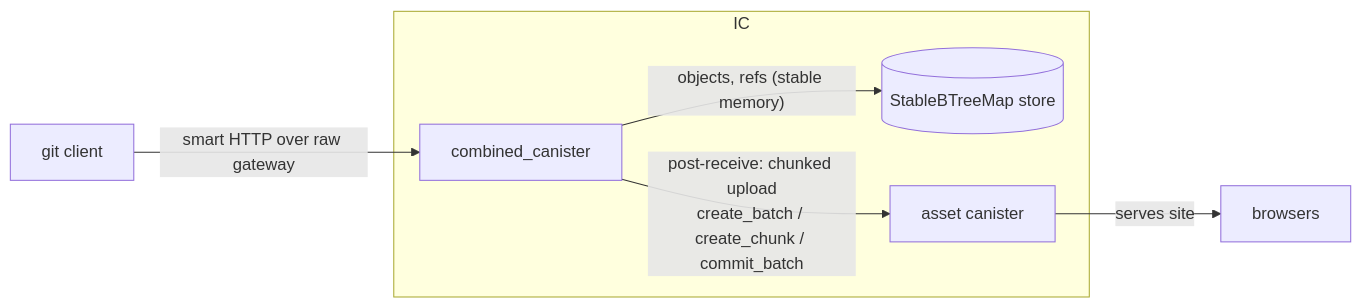
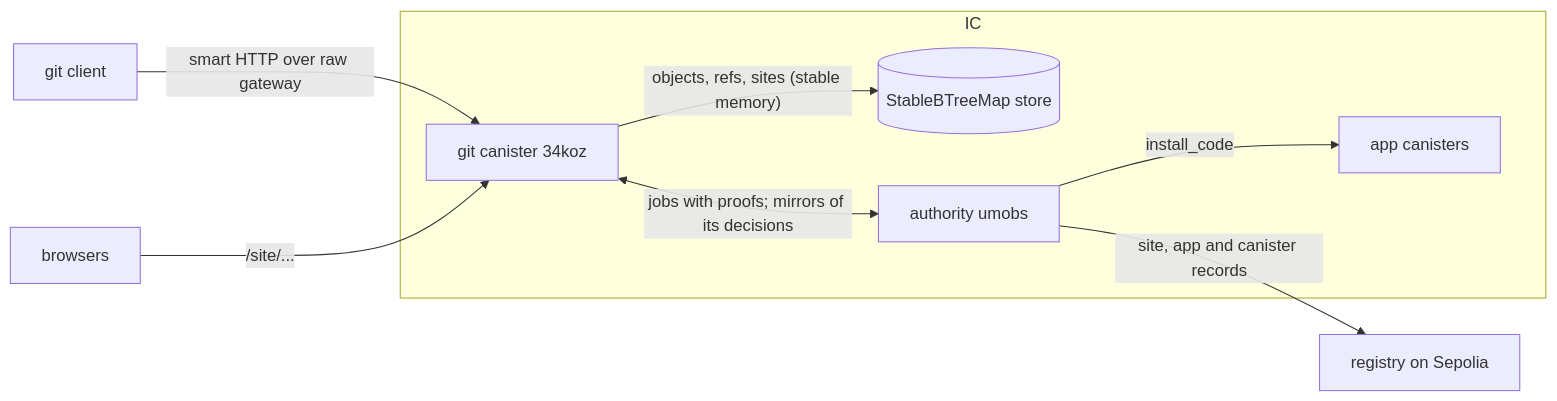
Before and after one commit to DrJesseGlass/ic-git: the diagram in ARCHITECTURE.md, drawn with Mermaid. The commit also changed other lines of this file and 6 other files, not shown here.

````diff
--- a/ARCHITECTURE.md
+++ b/ARCHITECTURE.md
@@ -43,9 +43,11 @@
 ```mermaid
 flowchart LR
-    dev[git client] -->|smart HTTP over raw gateway| G[combined_canister]
+    dev[git client] -->|smart HTTP over raw gateway| G[git canister 34koz]
+    users[browsers] -->|"/site/..."| G
     subgraph IC
-        G -->|"objects, refs (stable memory)"| S[(StableBTreeMap store)]
-        G -->|"post-receive: chunked upload<br/>create_batch / create_chunk / commit_batch"| A[asset canister]
+        G -->|"objects, refs, sites (stable memory)"| S[(StableBTreeMap store)]
+        G <-->|"jobs with proofs; mirrors of its decisions"| A[authority umobs]
+        A -->|install_code| APP[app canisters]
     end
-    A -->|serves site| users[browsers]
+    A -->|site, app and canister records| REG[registry on Sepolia]
 ```
````
